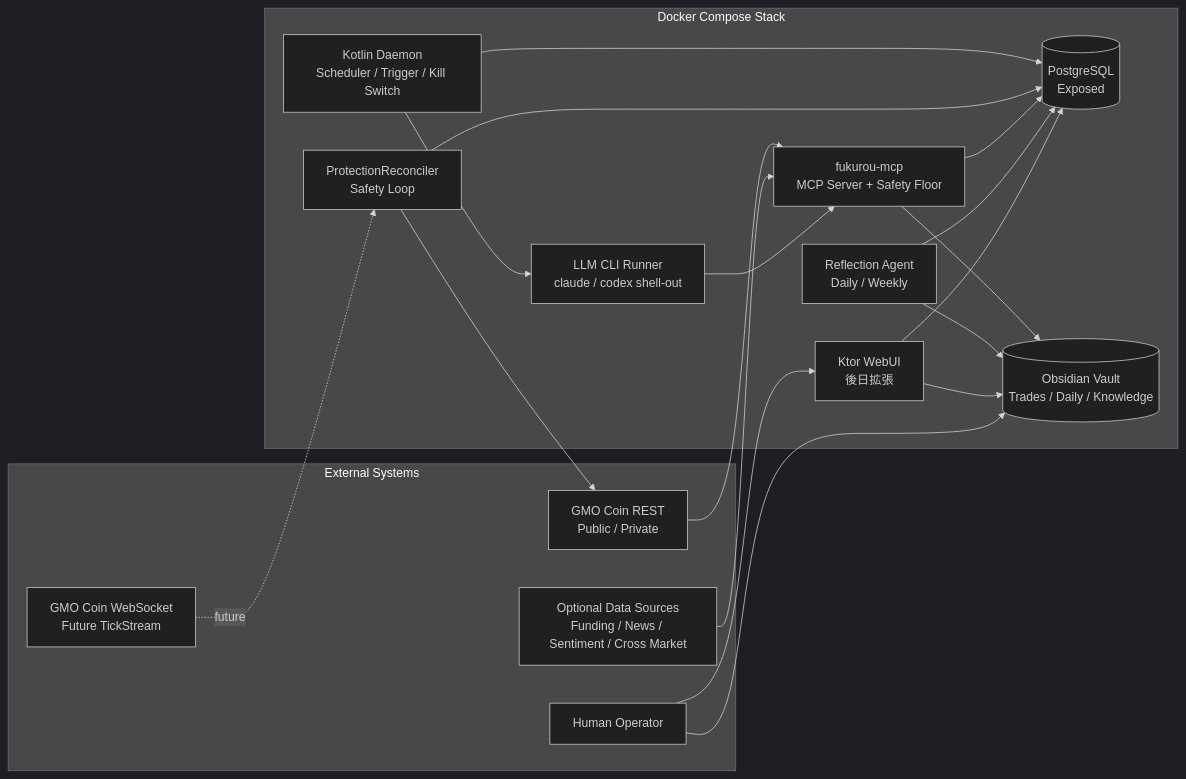
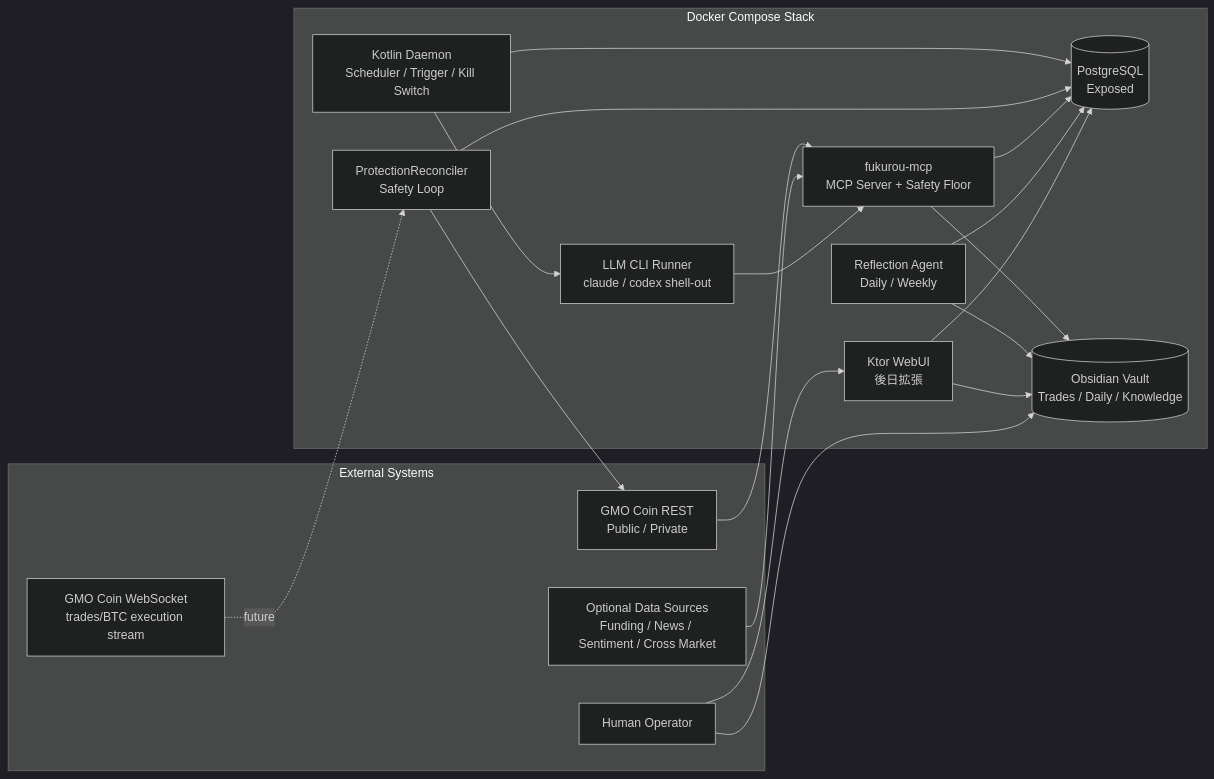
Before and after one commit to matsumo0922/fukurou: the first of 2 diagrams in docs/design.md, drawn with Mermaid (dark theme). The commit also changed other lines of this file and 9 other files, not shown here.

````diff
--- a/docs/design.md
+++ b/docs/design.md
@@ -96,37 +96,37 @@
 ```mermaid
 flowchart LR
     subgraph DockerCompose[Docker Compose Stack]
         Daemon[Kotlin Daemon\nScheduler / Trigger / Kill Switch]
         LlmCli[LLM CLI Runner\nclaude / codex shell-out]
         Mcp[fukurou-mcp\nMCP Server + Safety Floor]
         Db[(PostgreSQL\nExposed)]
         Vault[(Obsidian Vault\nTrades / Daily / Knowledge)]
         Web[Ktor WebUI\n後日拡張]
         Reconciler[ProtectionReconciler\nSafety Loop]
         Reflect[Reflection Agent\nDaily / Weekly]
     end
 
     subgraph External[External Systems]
         GmoRest[GMO Coin REST\nPublic / Private]
-        GmoWs[GMO Coin WebSocket\nFuture TickStream]
+        GmoWs[GMO Coin WebSocket\ntrades/BTC execution stream]
         OptionalData[Optional Data Sources\nFunding / News / Sentiment / Cross Market]
         Human[Human Operator]
     end
 
     GmoRest --> Mcp
     OptionalData --> Mcp
     Daemon --> Db
     Daemon --> LlmCli
     Reconciler --> Db
     Reconciler --> GmoRest
     GmoWs -. future .-> Reconciler
     LlmCli --> Mcp
     Mcp --> Db
     Mcp --> Vault
     Reflect --> Db
     Reflect --> Vault
     Web --> Db
     Web --> Vault
     Human --> Vault
     Human --> Web
 ```
````
